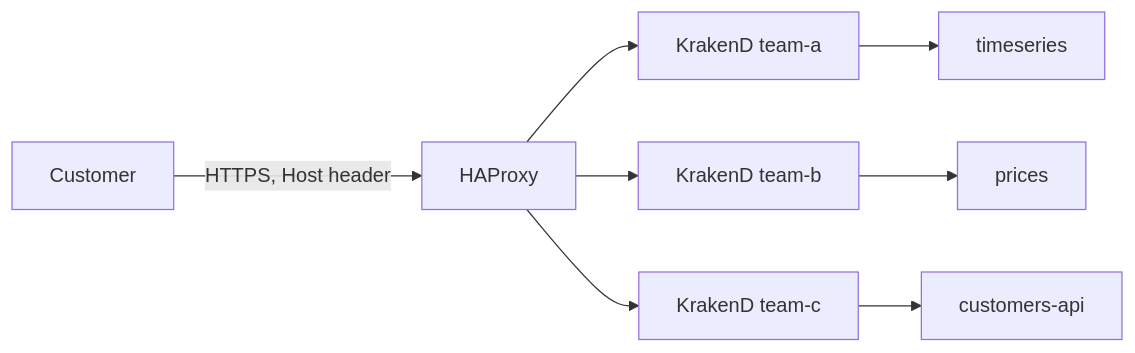
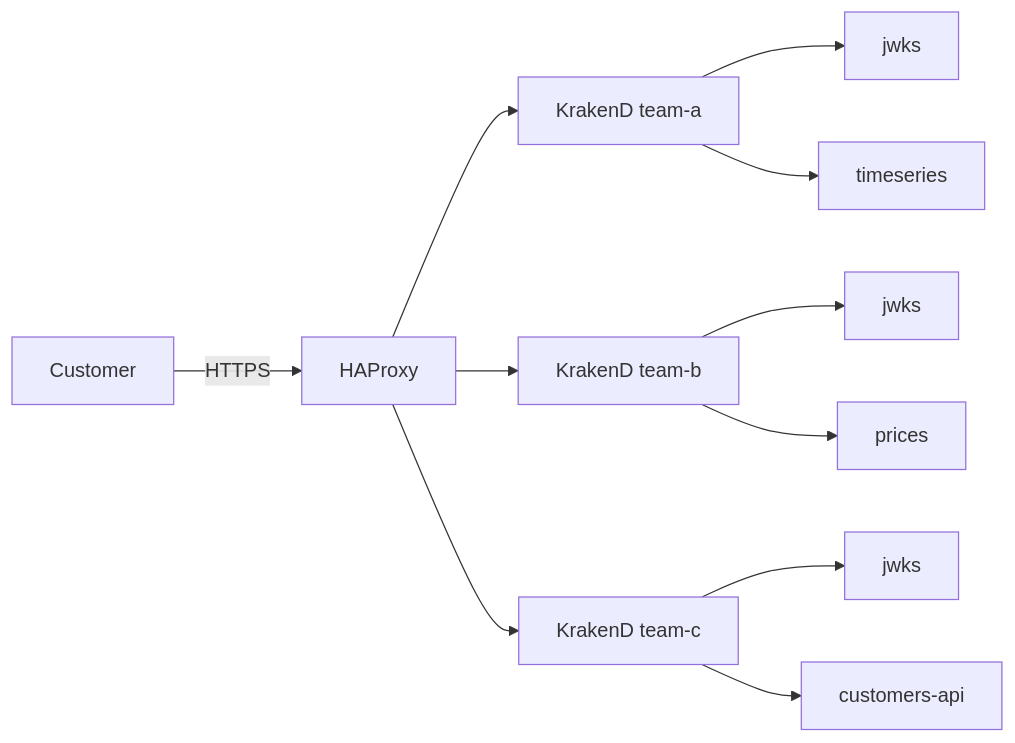
The first of 3 diagrams in docs/gateway.md (alexandrvl/local-kube), drawn with Mermaid before and after one commit. The commit also changed other lines of this file and 10 other files, not shown here.

````diff
--- a/docs/gateway.md
+++ b/docs/gateway.md
@@ -33,12 +27,15 @@
 ```mermaid
 flowchart LR
   customer[Customer]
   hap[HAProxy]
-  customer -->|HTTPS, Host header| hap
+  customer -->|HTTPS| hap
   hap --> gwa[KrakenD team-a]
   hap --> gwb[KrakenD team-b]
   hap --> gwc[KrakenD team-c]
+  gwa --> jwksa[jwks]
+  gwb --> jwksb[jwks]
+  gwc --> jwksc[jwks]
   gwa --> apia[timeseries]
   gwb --> apib[prices]
   gwc --> apic[customers-api]
 ```
````
